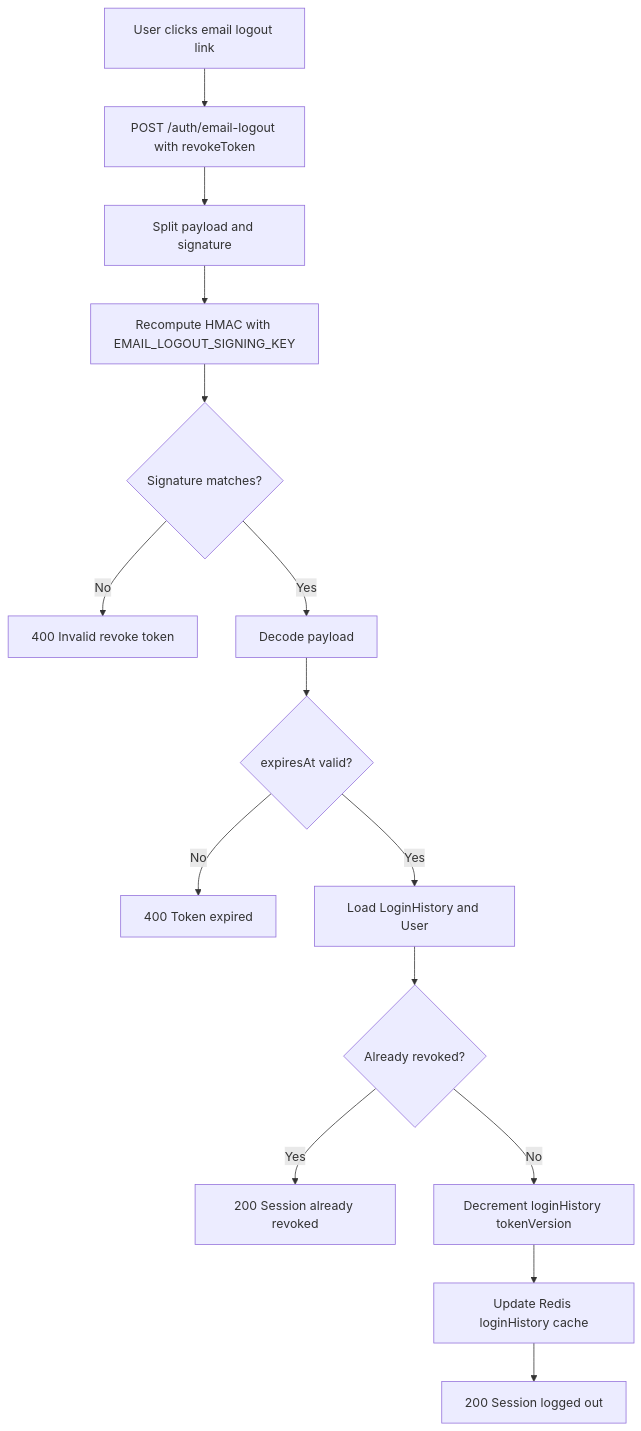
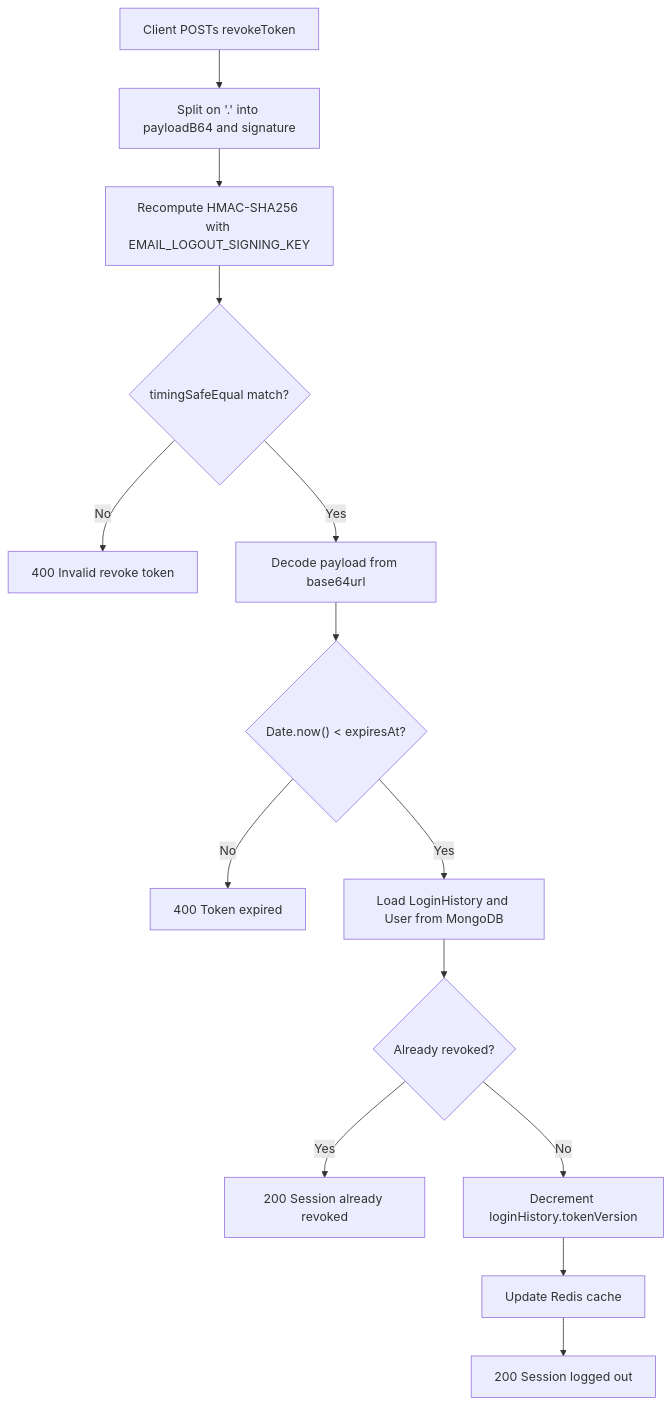
One commit to IamDevTrivedi/Trimium changed the ninth of 10 diagrams in docs/architecture/AUTHENTICATION_AND_SESSION_MANAGEMENT_ARCHITECTURE.md. Above: the diagram before and after it, drawn with Mermaid. The commit also changed other lines of this file and 5 other files, not shown here.

````diff
--- a/docs/architecture/AUTHENTICATION_AND_SESSION_MANAGEMENT_ARCHITECTURE.md
+++ b/docs/architecture/AUTHENTICATION_AND_SESSION_MANAGEMENT_ARCHITECTURE.md
@@ -300,18 +394,19 @@
 ```mermaid
 flowchart TD
-    A[User clicks email logout link] --> B[POST /auth/email-logout with revokeToken]
-    B --> C[Split payload and signature]
-    C --> D[Recompute HMAC with EMAIL_LOGOUT_SIGNING_KEY]
+    A[Client POSTs revokeToken] --> B[Split on '.' into payloadB64 and signature]
+    B --> C[Recompute HMAC-SHA256 with EMAIL_LOGOUT_SIGNING_KEY]
 
-    D --> E{Signature matches?}
-    E -- No --> X[400 Invalid revoke token]
-    E -- Yes --> F[Decode payload]
-    F --> G{expiresAt valid?}
-    G -- No --> Y[400 Token expired]
-    G -- Yes --> H[Load LoginHistory and User]
-    H --> I{Already revoked?}
-    I -- Yes --> J[200 Session already revoked]
-    I -- No --> K[Decrement loginHistory tokenVersion]
-    K --> L[Update Redis loginHistory cache]
-    L --> M[200 Session logged out]
+    C --> D{timingSafeEqual match?}
+    D -- No --> X[400 Invalid revoke token]
+    D -- Yes --> E[Decode payload from base64url]
+
+    E --> F{"Date.now() < expiresAt?"}
+    F -- No --> Y[400 Token expired]
+    F -- Yes --> G[Load LoginHistory and User from MongoDB]
+
+    G --> H{Already revoked?}
+    H -- Yes --> Z[200 Session already revoked]
+    H -- No --> I[Decrement loginHistory.tokenVersion]
+    I --> J[Update Redis cache]
+    J --> K[200 Session logged out]
 ```
````
